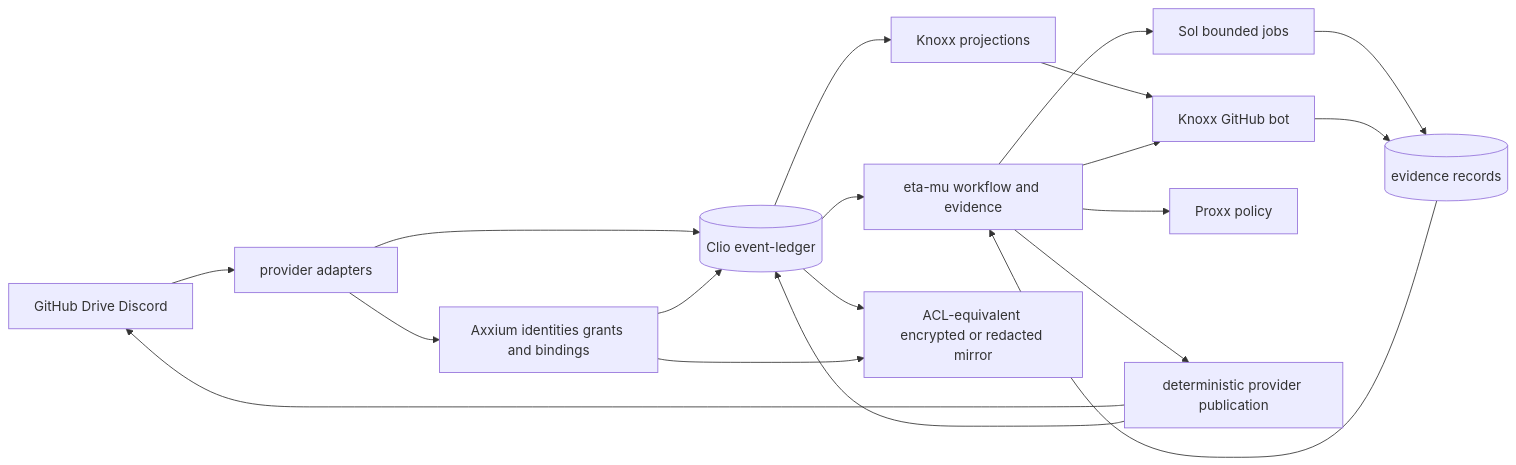
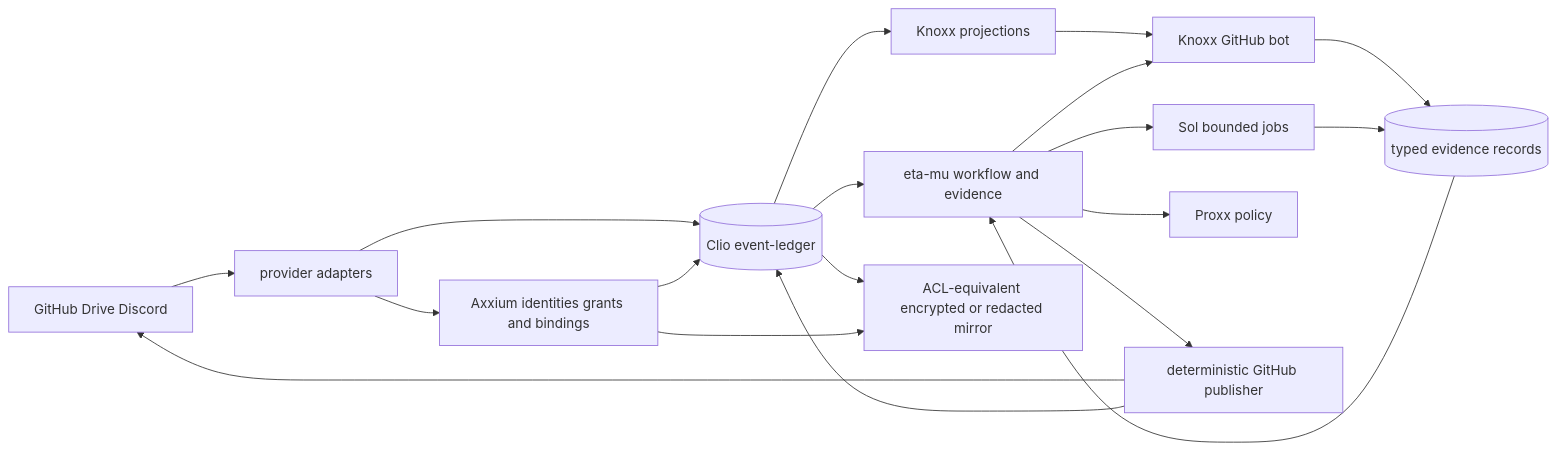
The first of 2 diagrams in docs/notes/design/axxium-event-fabric.md (open-hax/foresight), drawn with Mermaid before and after one commit. The commit also changed other lines of this file, not shown here.

Commit message:
docs: make review and publication state total

````diff
--- a/docs/notes/design/axxium-event-fabric.md
+++ b/docs/notes/design/axxium-event-fabric.md
@@ -44,23 +60,24 @@
 ```mermaid
 flowchart LR
-  GH[GitHub Drive Discord] --> ADAPTER[provider adapters]
-  ADAPTER --> AXX[Axxium identities grants and bindings]
-  ADAPTER --> LEDGER[(Clio event-ledger)]
-  AXX --> LEDGER
+  P[GitHub Drive Discord] --> PA[provider adapters]
+  PA --> AX[Axxium identities grants and bindings]
+  PA --> EL[(Clio event-ledger)]
+  AX --> EL
 
-  LEDGER --> ETA[eta-mu workflow and evidence]
-  LEDGER --> KNOXX[Knoxx projections]
-  KNOXX --> BOT[Knoxx GitHub bot]
-  ETA --> BOT
-  ETA --> SOL[Sol bounded jobs]
-  ETA --> PROXX[Proxx policy]
-  SOL --> EVID[(evidence records)]
-  BOT --> EVID
-  EVID --> ETA
-  ETA --> PUB[deterministic provider publication]
-  PUB --> GH
-  PUB --> LEDGER
+  EL --> EM[eta-mu workflow and evidence]
+  EL --> KX[Knoxx projections]
+  KX --> KB[Knoxx GitHub bot]
+  EM --> KB
+  EM --> SO[Sol bounded jobs]
+  EM --> PX[Proxx policy]
 
-  LEDGER --> MIRROR[ACL-equivalent encrypted or redacted mirror]
-  AXX --> MIRROR
+  KB --> EV[(typed evidence records)]
+  SO --> EV
+  EV --> EM
+  EM --> GP[deterministic GitHub publisher]
+  GP --> P
+  GP --> EL
+
+  EL --> MIR[ACL-equivalent encrypted or redacted mirror]
+  AX --> MIR
 ```
````
